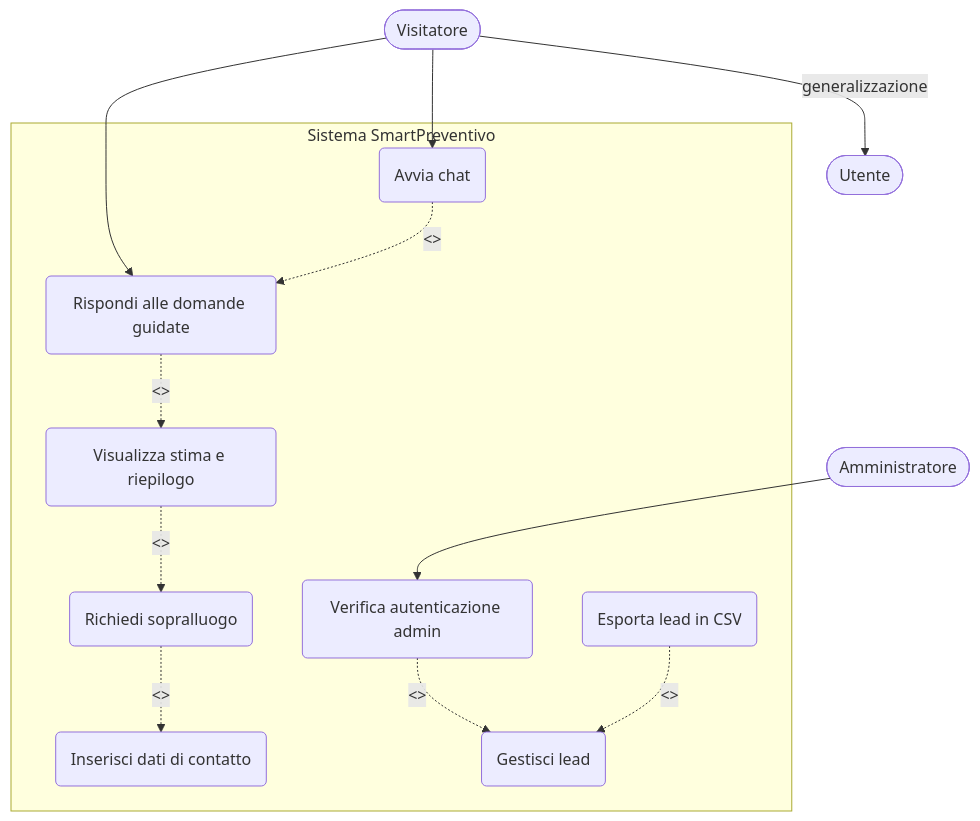
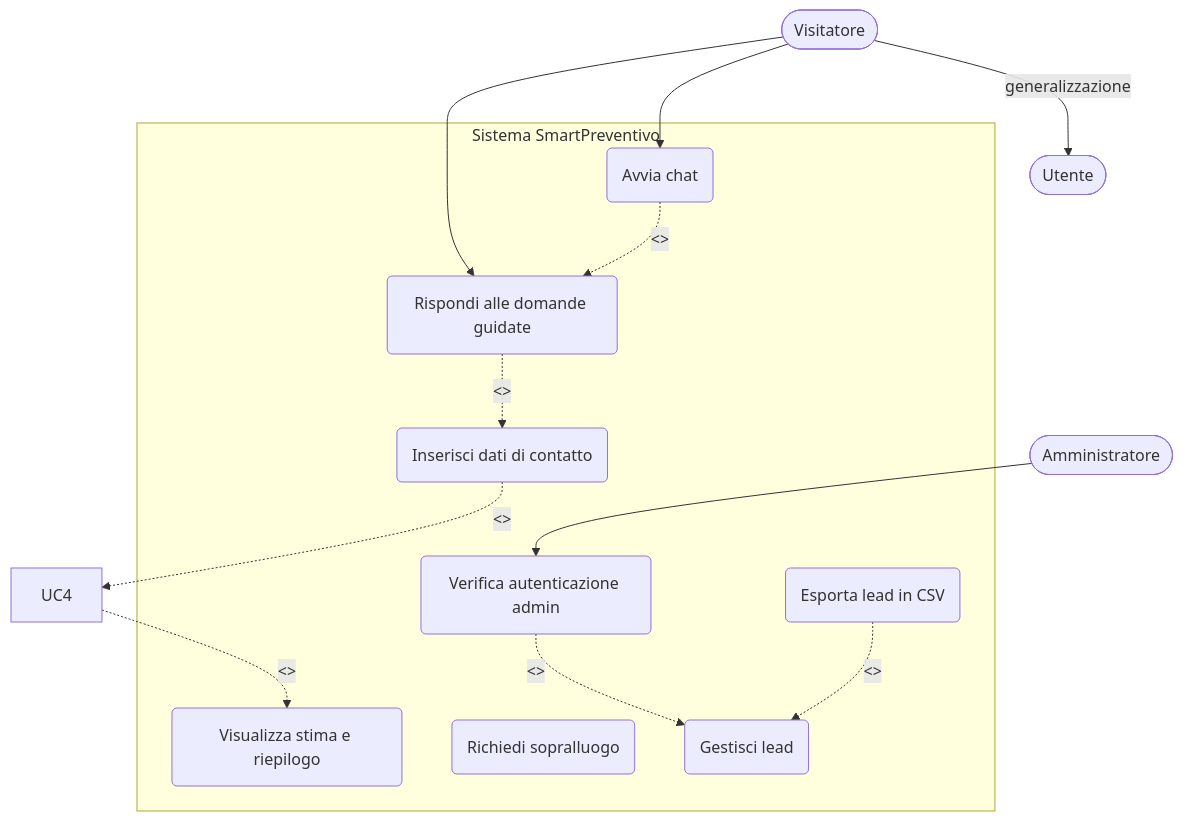
One commit to MarcoClementi/Progetto_Fine_Anno25-26 changed the first of 2 diagrams in SmartPreventivo – Documento dei Requisiti(V3).md. Above: the diagram before and after it, drawn with Mermaid.

Commit message:
Reorder use cases in SmartPreventivo document

````diff
--- a/SmartPreventivo – Documento dei Requisiti(V3).md
+++ b/SmartPreventivo – Documento dei Requisiti(V3).md
@@ -160,29 +160,29 @@
 ```mermaid
 flowchart TB
  subgraph subGraph["Sistema SmartPreventivo"]
         UC1("Avvia chat")
         UC2("Rispondi alle domande guidate")
-        UC5("Inserisci dati di contatto")
-        UC3("Visualizza stima e riepilogo")
-        UC4("Richiedi sopralluogo")
+        UC3("Inserisci dati di contatto")
+        UC5("Visualizza stima e riepilogo")
+        UC6("Richiedi sopralluogo")
         UC7("Verifica autenticazione admin")
         UC9("Esporta lead in CSV")
         UC8("Gestisci lead")
   end
     V(["Visitatore"]) -- generalizzazione --> U(["Utente"])
     V --> UC1 & UC2 
     A(["Amministratore"]) --> UC7  
       
     UC7 -. &lt;&gt; .-> UC8
   
    
      %% Relazioni include
     UC1 -.->|"<<include>>"| UC2
     UC4 -.->|"<<include>>"| UC5
 
 
     %% Relazioni extend
     UC9 -.->|"<<extend>>"| UC8
     UC2 -.->|"<<extend>>"| UC3
     UC3 -.->|"<<extend>>"| UC4
 ```
````
